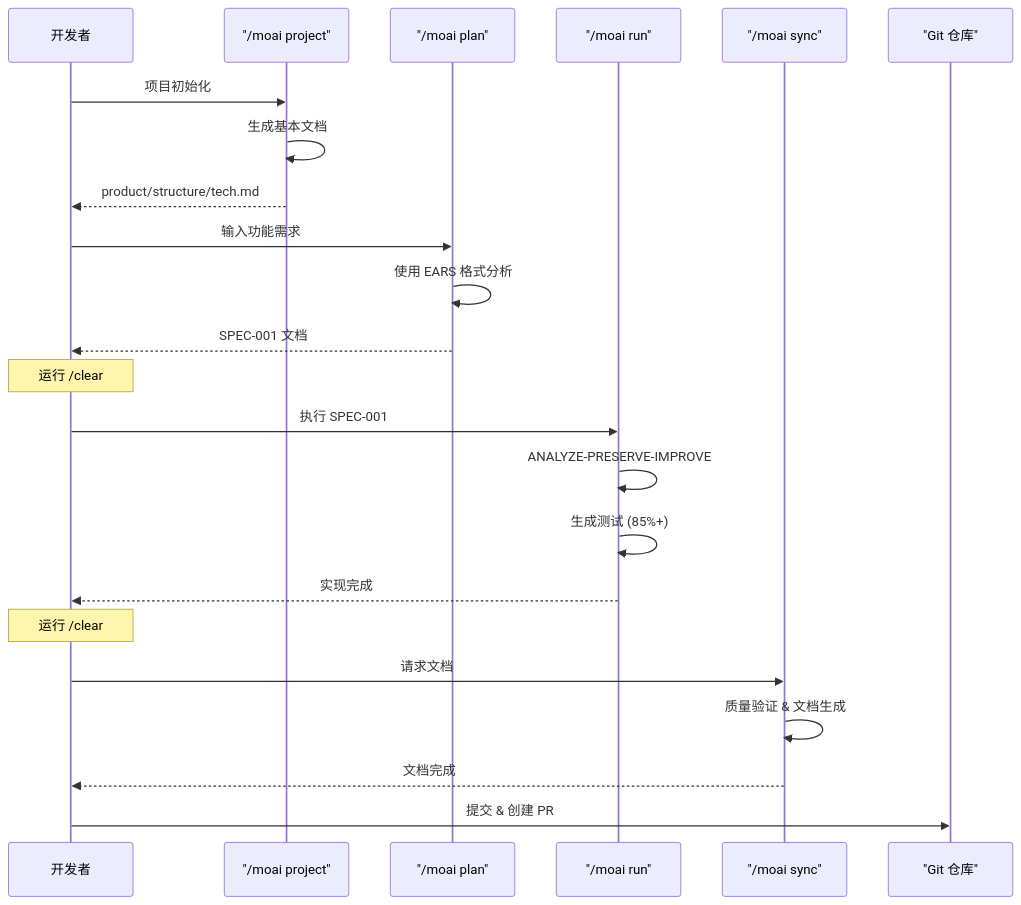
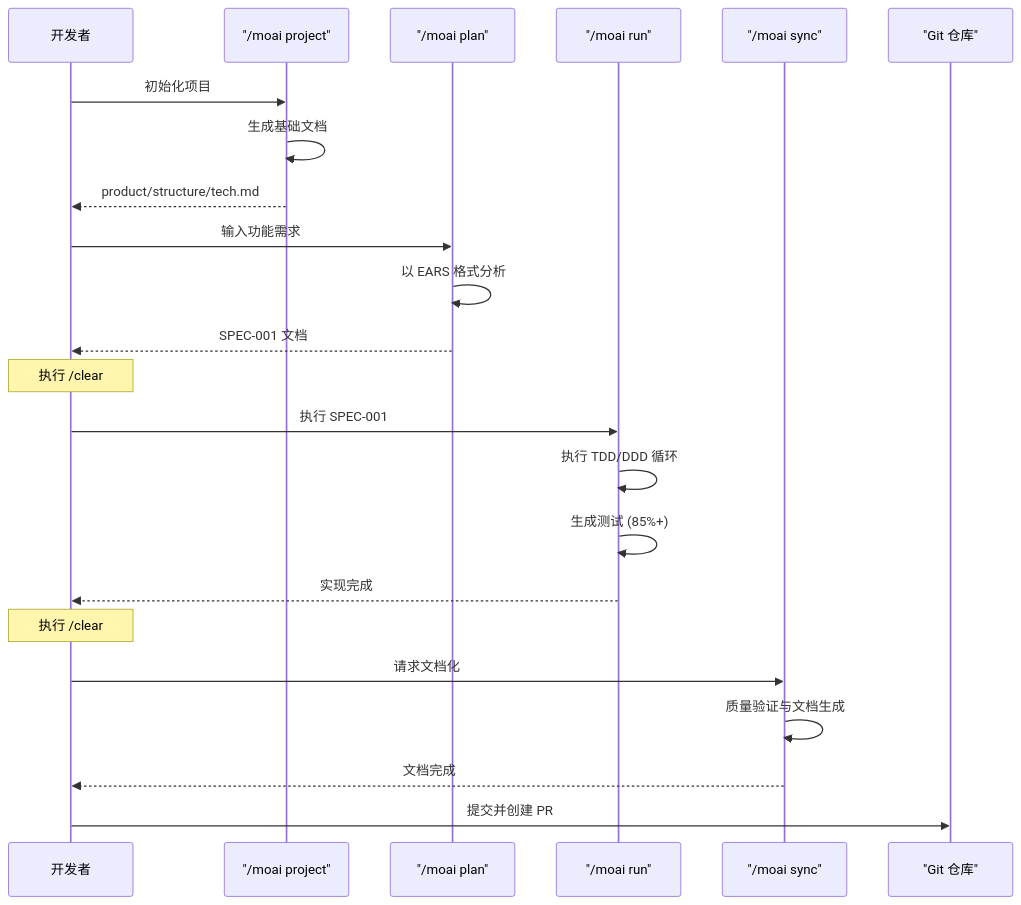
One commit to modu-ai/moai-adk changed the seventh of 9 diagrams in docs-site/content/zh/getting-started/quickstart.md. Above: the diagram before and after it, drawn with Mermaid. The commit also changed other lines of this file and 395 other files, not shown here.

````diff
--- a/docs-site/content/zh/getting-started/quickstart.md
+++ b/docs-site/content/zh/getting-started/quickstart.md
@@ -247,32 +249,32 @@
 ```mermaid
 sequenceDiagram
     participant Dev as 开发者
     participant Project as "/moai project"
     participant Plan as "/moai plan"
     participant Run as "/moai run"
     participant Sync as "/moai sync"
     participant Git as "Git 仓库"
 
-    Dev->>Project: 项目初始化
-    Project->>Project: 生成基本文档
+    Dev->>Project: 初始化项目
+    Project->>Project: 生成基础文档
     Project-->>Dev: product/structure/tech.md
 
     Dev->>Plan: 输入功能需求
-    Plan->>Plan: 使用 EARS 格式分析
+    Plan->>Plan: 以 EARS 格式分析
     Plan-->>Dev: SPEC-001 文档
 
-    Note over Dev: 运行 /clear
+    Note over Dev: 执行 /clear
 
     Dev->>Run: 执行 SPEC-001
-    Run->>Run: ANALYZE-PRESERVE-IMPROVE
+    Run->>Run: 执行 TDD/DDD 循环
     Run->>Run: 生成测试 (85%+)
     Run-->>Dev: 实现完成
 
-    Note over Dev: 运行 /clear
+    Note over Dev: 执行 /clear
 
-    Dev->>Sync: 请求文档
-    Sync->>Sync: 质量验证 & 文档生成
+    Dev->>Sync: 请求文档化
+    Sync->>Sync: 质量验证与文档生成
     Sync-->>Dev: 文档完成
 
-    Dev->>Git: 提交 & 创建 PR
+    Dev->>Git: 提交并创建 PR
 ```
````
